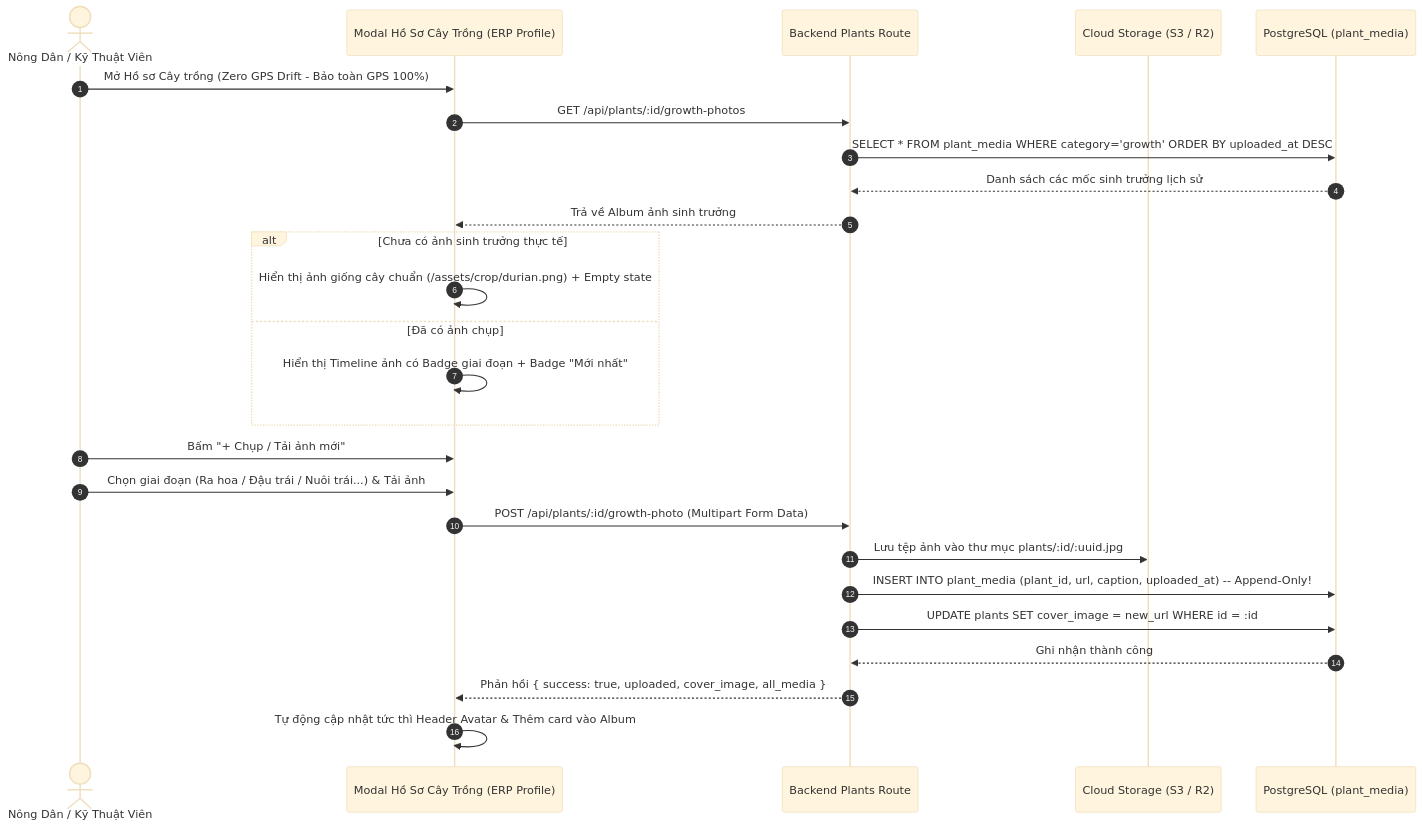
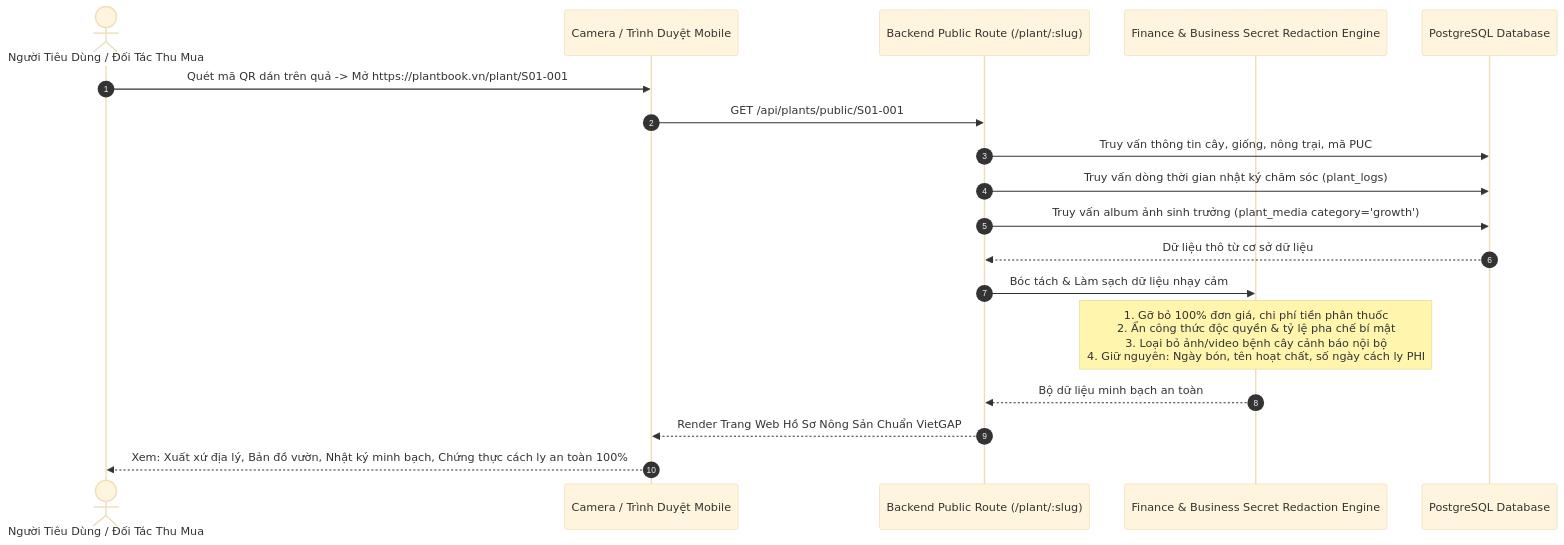
The sixth of 8 diagrams in README.md (Phuc0901-pp/plant-book), drawn with Mermaid (base theme) before and after one commit. The commit also changed other lines of this file, not shown here.

Commit message:
docs(readme): update comprehensive enterprise system documentation with architecture, flowcharts, ERD, and SOPs

````diff
--- a/README.md
+++ b/README.md
@@ -269,31 +340,23 @@
 ```mermaid
 sequenceDiagram
     autonumber
-    actor Farmer as Nông Dân / Kỹ Thuật Viên
-    participant Modal as Modal Hồ Sơ Cây Trồng (ERP Profile)
-    participant Backend as Backend Plants Route
-    participant Storage as Cloud Storage (S3 / R2)
-    participant DB as PostgreSQL (plant_media)
+    actor Consumer as Người Tiêu Dùng / Đối Tác Thu Mua
+    participant Mobile as Camera / Trình Duyệt Mobile
+    participant Backend as Backend Public Route (/plant/:slug)
+    participant Redact as Finance & Business Secret Redaction Engine
+    participant DB as PostgreSQL Database
 
-    Farmer->>Modal: Mở Hồ sơ Cây trồng (Zero GPS Drift - Bảo toàn GPS 100%)
-    Modal->>Backend: GET /api/plants/:id/growth-photos
-    Backend->>DB: SELECT * FROM plant_media WHERE category='growth' ORDER BY uploaded_at DESC
-    DB-->>Backend: Danh sách các mốc sinh trưởng lịch sử
-    Backend-->>Modal: Trả về Album ảnh sinh trưởng
+    Consumer->>Mobile: Quét mã QR dán trên quả -> Mở https://plantbook.vn/plant/S01-001
+    Mobile->>Backend: GET /api/plants/public/S01-001
+    Backend->>DB: Truy vấn thông tin cây, giống, nông trại, mã PUC
+    Backend->>DB: Truy vấn dòng thời gian nhật ký chăm sóc (plant_logs)
+    Backend->>DB: Truy vấn album ảnh sinh trưởng (plant_media category='growth')
+    DB-->>Backend: Dữ liệu thô từ cơ sở dữ liệu
     
-    alt Chưa có ảnh sinh trưởng thực tế
-        Modal->>Modal: Hiển thị ảnh giống cây chuẩn (/assets/crop/durian.png) + Empty state
-    else Đã có ảnh chụp
-        Modal->>Modal: Hiển thị Timeline ảnh có Badge giai đoạn + Badge "Mới nhất"
-    end
+    Backend->>Redact: Bóc tách & Làm sạch dữ liệu nhạy cảm
+    Note over Redact: 1. Gỡ bỏ 100% đơn giá, chi phí tiền phân thuốc<br/>2. Ẩn công thức độc quyền & tỷ lệ pha chế bí mật<br/>3. Loại bỏ ảnh/video bệnh cây cảnh báo nội bộ<br/>4. Giữ nguyên: Ngày bón, tên hoạt chất, số ngày cách ly PHI
+    Redact-->>Backend: Bộ dữ liệu minh bạch an toàn
     
-    Farmer->>Modal: Bấm "+ Chụp / Tải ảnh mới"
-    Farmer->>Modal: Chọn giai đoạn (Ra hoa / Đậu trái / Nuôi trái...) & Tải ảnh
-    Modal->>Backend: POST /api/plants/:id/growth-photo (Multipart Form Data)
-    Backend->>Storage: Lưu tệp ảnh vào thư mục plants/:id/:uuid.jpg
-    Backend->>DB: INSERT INTO plant_media (plant_id, url, caption, uploaded_at) -- Append-Only!
-    Backend->>DB: UPDATE plants SET cover_image = new_url WHERE id = :id
-    DB-->>Backend: Ghi nhận thành công
-    Backend-->>Modal: Phản hồi { success: true, uploaded, cover_image, all_media }
-    Modal->>Modal: Tự động cập nhật tức thì Header Avatar & Thêm card vào Album
+    Backend-->>Mobile: Render Trang Web Hồ Sơ Nông Sản Chuẩn VietGAP
+    Mobile-->>Consumer: Xem: Xuất xứ địa lý, Bản đồ vườn, Nhật ký minh bạch, Chứng thực cách ly an toàn 100%
 ```
````
